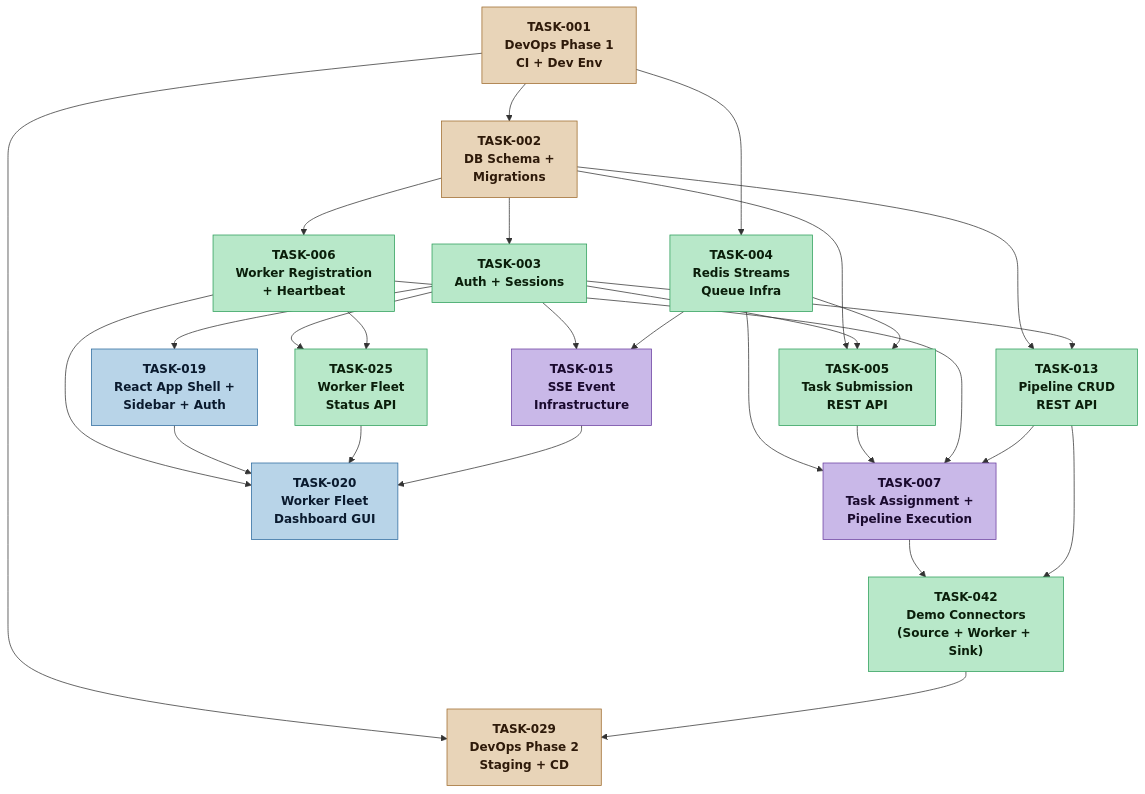
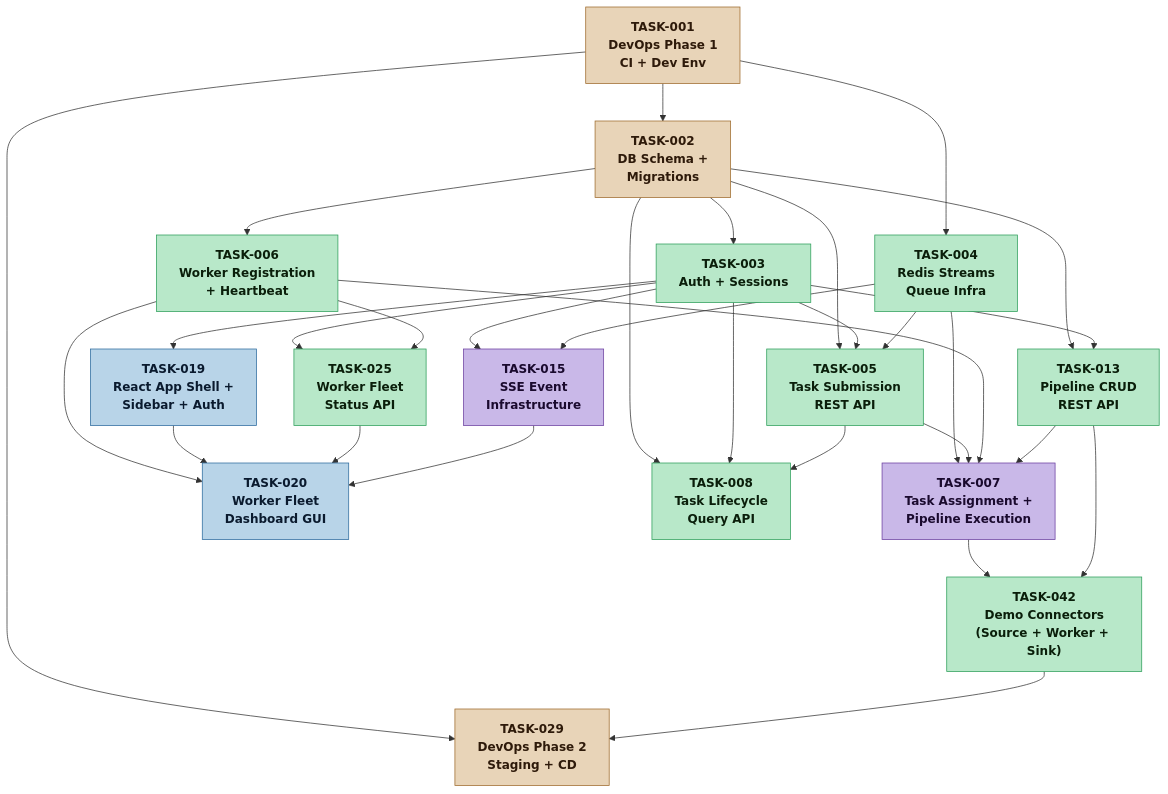
One commit to loskylp/NexusFlow changed the first of 5 diagrams in process/planner/dependency-graph.md. Above: the diagram before and after it, drawn with Mermaid. The commit also changed other lines of this file and 37 other files, not shown here.

````diff
--- a/process/planner/dependency-graph.md
+++ b/process/planner/dependency-graph.md
@@ -6,64 +6,70 @@
 ```mermaid
 flowchart TD
     classDef infra    fill:#e8d4b8,stroke:#9e6b2d,color:#2e1a0a,font-weight:bold
     classDef backend  fill:#b8e8c9,stroke:#2d9e5a,color:#0a1e0a,font-weight:bold
     classDef frontend fill:#b8d4e8,stroke:#2d6b9e,color:#0a1a2e,font-weight:bold
     classDef p1       fill:#c9b8e8,stroke:#6b3fa0,color:#1a0a2e,font-weight:bold
 
     T001["TASK-001<br/>DevOps Phase 1<br/>CI + Dev Env"]:::infra
 
     T002["TASK-002<br/>DB Schema +<br/>Migrations"]:::infra
     T004["TASK-004<br/>Redis Streams<br/>Queue Infra"]:::backend
 
     T003["TASK-003<br/>Auth + Sessions"]:::backend
     T006["TASK-006<br/>Worker Registration<br/>+ Heartbeat"]:::backend
 
     T005["TASK-005<br/>Task Submission<br/>REST API"]:::backend
     T013["TASK-013<br/>Pipeline CRUD<br/>REST API"]:::backend
 
     T007["TASK-007<br/>Task Assignment +<br/>Pipeline Execution"]:::p1
 
     T042["TASK-042<br/>Demo Connectors<br/>(Source + Worker + Sink)"]:::backend
 
     T019["TASK-019<br/>React App Shell +<br/>Sidebar + Auth"]:::frontend
     T025["TASK-025<br/>Worker Fleet<br/>Status API"]:::backend
     T015["TASK-015<br/>SSE Event<br/>Infrastructure"]:::p1
     T020["TASK-020<br/>Worker Fleet<br/>Dashboard GUI"]:::frontend
 
     T001 --> T002
     T001 --> T004
 
     T002 --> T003
     T002 --> T006
     T002 --> T005
     T002 --> T013
 
     T003 --> T005
     T003 --> T013
     T003 --> T019
     T003 --> T025
     T003 --> T015
 
     T004 --> T005
     T004 --> T007
     T004 --> T015
 
     T005 --> T007
     T006 --> T007
     T013 --> T007
 
     T007 --> T042
     T013 --> T042
 
     T006 --> T025
     T006 --> T020
 
     T019 --> T020
     T025 --> T020
     T015 --> T020
 
+    T008["TASK-008<br/>Task Lifecycle<br/>Query API"]:::backend
+
+    T002 --> T008
+    T003 --> T008
+    T005 --> T008
+
     T029["TASK-029<br/>DevOps Phase 2<br/>Staging + CD"]:::infra
 
     T001 --> T029
     T042 --> T029
 ```
````
